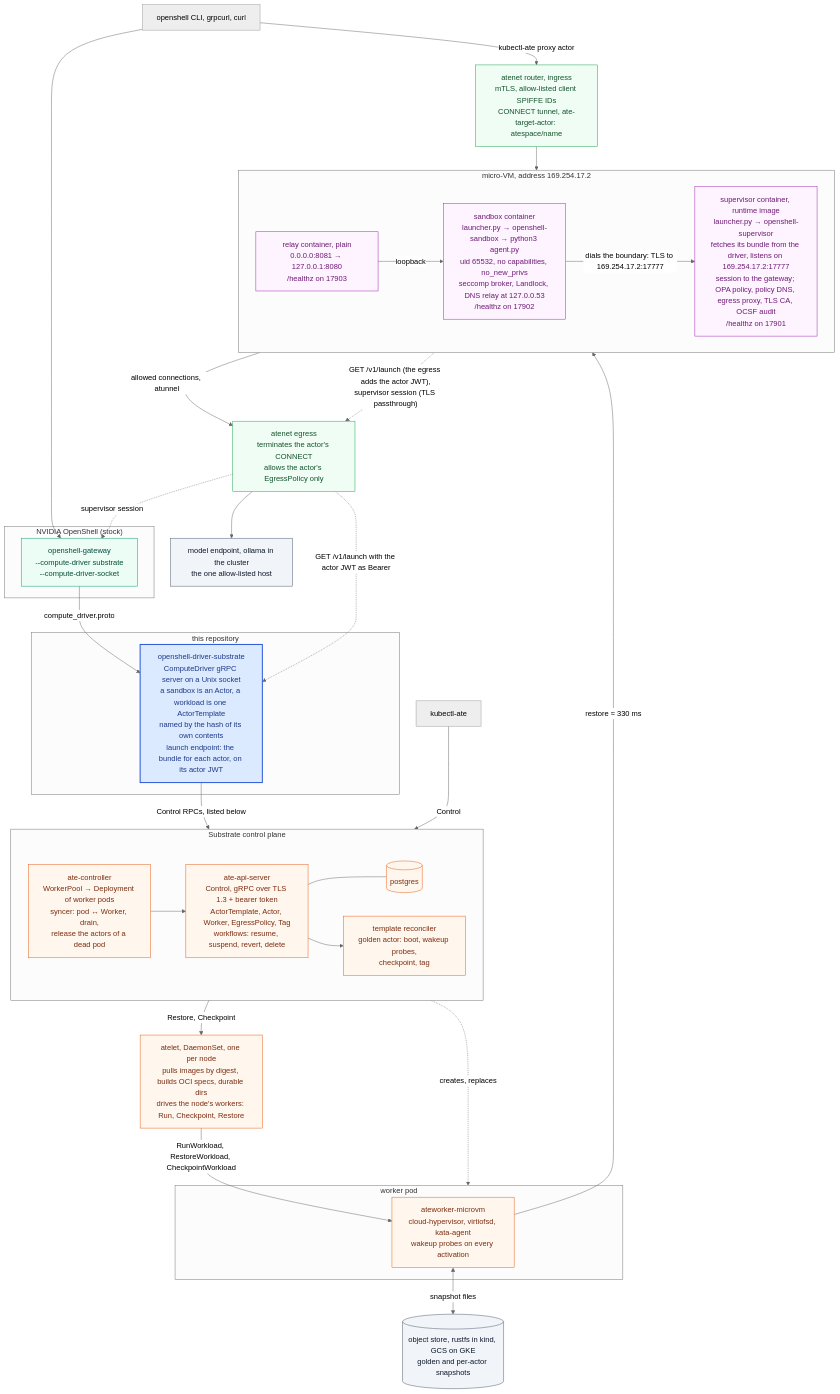
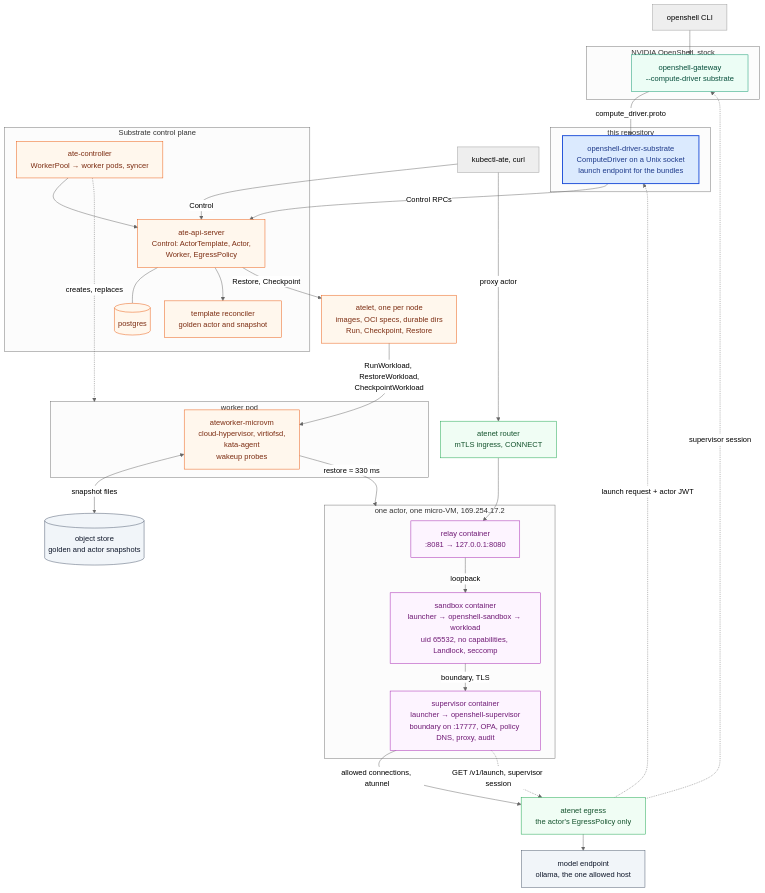
One commit to dims/openshell-driver-substrate changed the first of 8 diagrams in docs/architecture.md. Above: the diagram before and after it, drawn with Mermaid (neutral theme). The commit also changed other lines of this file and 1 other file, not shown here.

First line of the commit message:
docs: architecture diagrams that GitHub renders legibly

````diff
--- a/docs/architecture.md
+++ b/docs/architecture.md
@@ -25,76 +25,74 @@
 ```mermaid
+%%{init: {"flowchart": {"wrappingWidth": 260, "nodeSpacing": 30, "rankSpacing": 35}}}%%
 flowchart TB
   classDef stock fill:#ecfdf5,stroke:#059669,color:#064e3b
   classDef ours fill:#dbeafe,stroke:#1d4ed8,color:#1e3a8a,stroke-width:2px
   classDef sub fill:#fff7ed,stroke:#ea580c,color:#7c2d12
   classDef guest fill:#fdf4ff,stroke:#a21caf,color:#701a75
   classDef store fill:#f1f5f9,stroke:#475569,color:#0f172a
   classDef edge fill:#f0fdf4,stroke:#16a34a,color:#14532d
 
-  cli["openshell CLI, grpcurl, curl"]
-  kate["kubectl-ate"]
+  cli["openshell CLI"]
+  kate["kubectl-ate, curl"]
 
-  subgraph openshell["NVIDIA OpenShell (stock)"]
-    gw["openshell-gateway<br/>--compute-driver substrate<br/>--compute-driver-socket"]
+  subgraph openshell["NVIDIA OpenShell, stock"]
+    gw["openshell-gateway<br/>--compute-driver substrate"]
   end
 
   subgraph repo["this repository"]
-    driver["openshell-driver-substrate<br/>ComputeDriver gRPC server on a Unix socket<br/>a sandbox is an Actor, a workload is one ActorTemplate<br/>named by the hash of its own contents<br/>launch endpoint: the bundle for each actor, on its actor JWT"]
+    driver["openshell-driver-substrate<br/>ComputeDriver on a Unix socket<br/>launch endpoint for the bundles"]
   end
 
   subgraph substrate["Substrate control plane"]
-    direction LR
-    ctl["ate-controller<br/>WorkerPool → Deployment of worker pods<br/>syncer: pod ↔ Worker, drain,<br/>release the actors of a dead pod"]
-    api["ate-api-server<br/>Control, gRPC over TLS 1.3 + bearer token<br/>ActorTemplate, Actor, Worker, EgressPolicy, Tag<br/>workflows: resume, suspend, revert, delete"]
+    ctl["ate-controller<br/>WorkerPool → worker pods, syncer"]
+    api["ate-api-server<br/>Control: ActorTemplate, Actor,<br/>Worker, EgressPolicy"]
     pg[("postgres")]
-    recon["template reconciler<br/>golden actor: boot, wakeup probes,<br/>checkpoint, tag"]
+    recon["template reconciler<br/>golden actor and snapshot"]
     ctl --> api
     api --- pg
     api --> recon
   end
 
-  router["atenet router, ingress<br/>mTLS, allow-listed client SPIFFE IDs<br/>CONNECT tunnel, ate-target-actor: atespace/name"]
-
-  atelet["atelet, DaemonSet, one per node<br/>pulls images by digest, builds OCI specs, durable dirs<br/>drives the node's workers: Run, Checkpoint, Restore"]
+  router["atenet router<br/>mTLS ingress, CONNECT"]
+  atelet["atelet, one per node<br/>images, OCI specs, durable dirs<br/>Run, Checkpoint, Restore"]
 
   subgraph pod["worker pod"]
-    ateom["ateworker-microvm<br/>cloud-hypervisor, virtiofsd, kata-agent<br/>wakeup probes on every activation"]
+    ateom["ateworker-microvm<br/>cloud-hypervisor, virtiofsd,<br/>kata-agent<br/>wakeup probes"]
   end
 
-  subgraph vm["micro-VM, address 169.254.17.2"]
-    direction LR
-    relay["relay container, plain<br/>0.0.0.0:8081 → 127.0.0.1:8080<br/>/healthz on 17903"]
-    sbx["sandbox container<br/>launcher.py → openshell-sandbox → python3 agent.py<br/>uid 65532, no capabilities, no_new_privs<br/>seccomp broker, Landlock, DNS relay at 127.0.0.53<br/>/healthz on 17902"]
-    sup["supervisor container, runtime image<br/>launcher.py → openshell-supervisor<br/>fetches its bundle from the driver, listens on 169.254.17.2:17777<br/>session to the gateway; OPA policy, policy DNS, egress proxy, TLS CA, OCSF audit<br/>/healthz on 17901"]
+  subgraph vm["one actor, one micro-VM, 169.254.17.2"]
+    relay["relay container<br/>:8081 → 127.0.0.1:8080"]
+    sbx["sandbox container<br/>launcher → openshell-sandbox → workload<br/>uid 65532, no capabilities, Landlock, seccomp"]
+    sup["supervisor container<br/>launcher → openshell-supervisor<br/>boundary on :17777, OPA, policy DNS, proxy, audit"]
     relay -- "loopback" --> sbx
-    sbx -- "dials the boundary: TLS to 169.254.17.2:17777" --> sup
+    sbx -- "boundary, TLS" --> sup
   end
 
-  store[("object store, rustfs in kind, GCS on GKE<br/>golden and per-actor snapshots")]
-  egress["atenet egress<br/>terminates the actor's CONNECT<br/>allows the actor's EgressPolicy only"]
-  model["model endpoint, ollama in the cluster<br/>the one allow-listed host"]
+  store[("object store<br/>golden and actor snapshots")]
+  egress["atenet egress<br/>the actor's EgressPolicy only"]
+  model["model endpoint<br/>ollama, the one allowed host"]
 
   cli --> gw
   gw -- "compute_driver.proto" --> driver
-  driver -- "Control RPCs, listed below" --> api
+  driver -- "Control RPCs" --> api
   kate -- "Control" --> api
   api -- "Restore, Checkpoint" --> atelet
   ctl -. "creates, replaces" .-> pod
-  atelet -- "RunWorkload, RestoreWorkload, CheckpointWorkload" --> ateom
-  ateom -- "restore ≈ 330 ms" --> sbx
+  atelet -- "RunWorkload, RestoreWorkload,<br/>CheckpointWorkload" --> ateom
+  ateom -- "restore ≈ 330 ms" --> vm
   ateom <-- "snapshot files" --> store
-  cli -- "kubectl-ate proxy actor" --> router
+  kate -- "proxy actor" --> router
   router --> relay
   sup -- "allowed connections, atunnel" --> egress
   egress --> model
-  sup -. "GET /v1/launch (the egress adds the actor JWT),<br/>supervisor session (TLS passthrough)" .-> egress
-  egress -. "GET /v1/launch with the actor JWT as Bearer" .-> driver
+  sup -. "GET /v1/launch, supervisor session" .-> egress
+  egress -. "launch request + actor JWT" .-> driver
   egress -. "supervisor session" .-> gw
 
   class gw stock
   class driver ours
   class api,pg,recon,ctl,atelet,ateom sub
   class router,egress edge
   class sbx,sup,relay guest
   class store,model store
 ```
````
